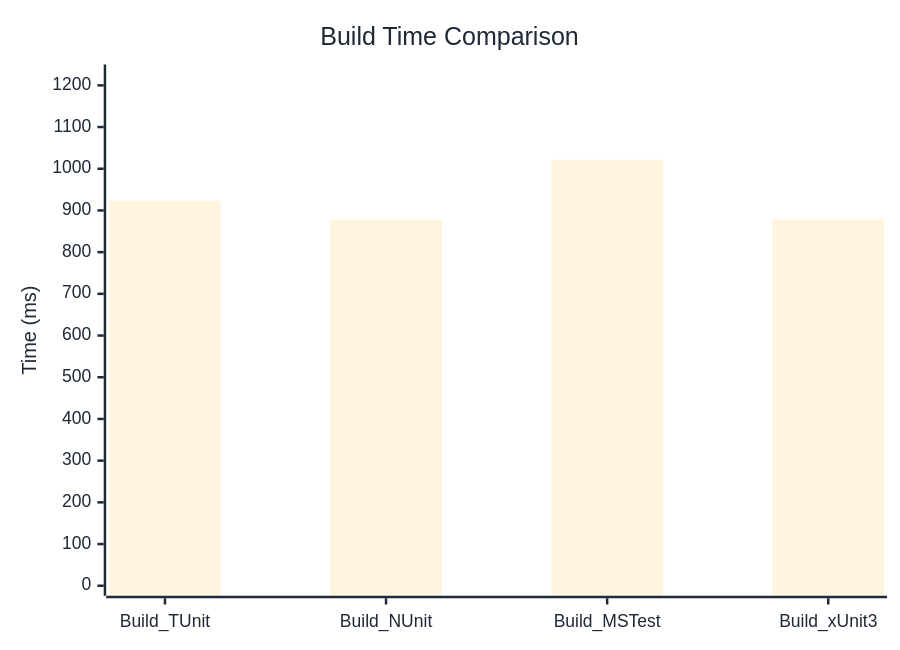
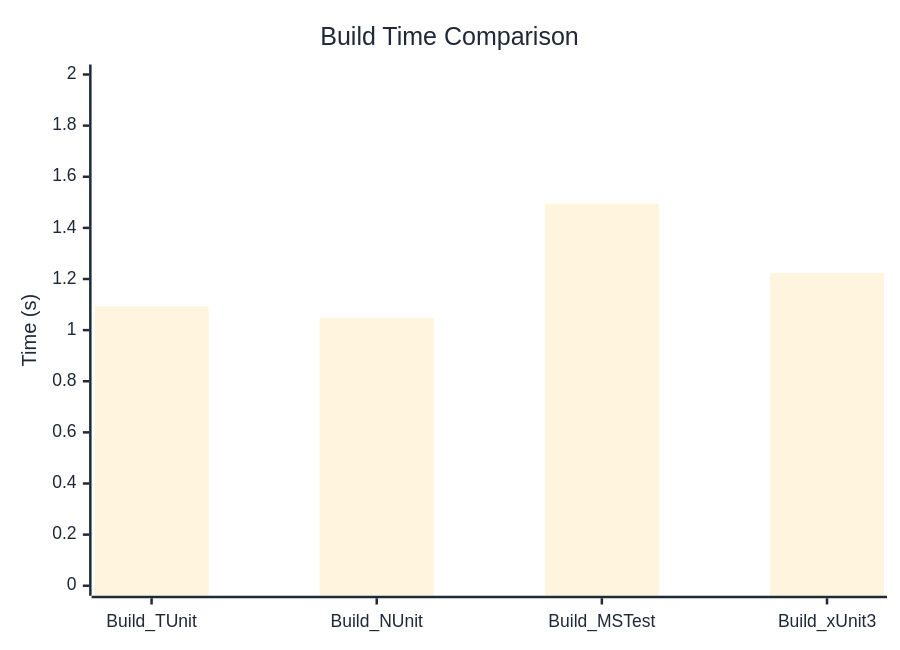
The diagram in docs/docs/benchmarks/engine/BuildTime.md (thomhurst/TUnit), drawn with Mermaid before and after one commit. The commit also changed other lines of this file and 18 other files, not shown here.

````diff
--- a/docs/docs/benchmarks/engine/BuildTime.md
+++ b/docs/docs/benchmarks/engine/BuildTime.md
@@ -30,37 +30,37 @@
 ```mermaid
 %%{init: {
   'theme':'base',
   'themeVariables': {
     'primaryColor': '#2563eb',
     'primaryTextColor': '#1f2937',
     'primaryBorderColor': '#1e40af',
     'lineColor': '#6b7280',
     'secondaryColor': '#7c3aed',
     'tertiaryColor': '#dc2626',
     'background': '#ffffff',
     'mainBkg': '#2563eb',
     'secondBkg': '#7c3aed',
     'tertiaryBkg': '#dc2626',
     'clusterBkg': '#f3f4f6',
     'edgeLabelBackground': '#ffffff',
     'tertiaryTextColor': '#1f2937',
     'pie1': '#2563eb',
     'pie2': '#7c3aed',
     'pie3': '#dc2626',
     'pie4': '#f59e0b',
     'pie5': '#10b981',
     'pie6': '#06b6d4',
     'pie7': '#ec4899',
     'pie8': '#6366f1',
     'pie9': '#84cc16',
     'pie10': '#f97316',
     'pie11': '#14b8a6',
     'pie12': '#a855f7'
   }
 }}%%
 xychart-beta
   title "Build Time Comparison"
   x-axis ["Build_TUnit", "Build_NUnit", "Build_MSTest", "Build_xUnit3"]
-  y-axis "Time (ms)" 0 --> 1226
-  bar [922.9, 877, 1021.6, 877.9]
+  y-axis "Time (s)" 0 --> 2
+  bar [1.093, 1.048, 1.495, 1.223]
 ```
````
